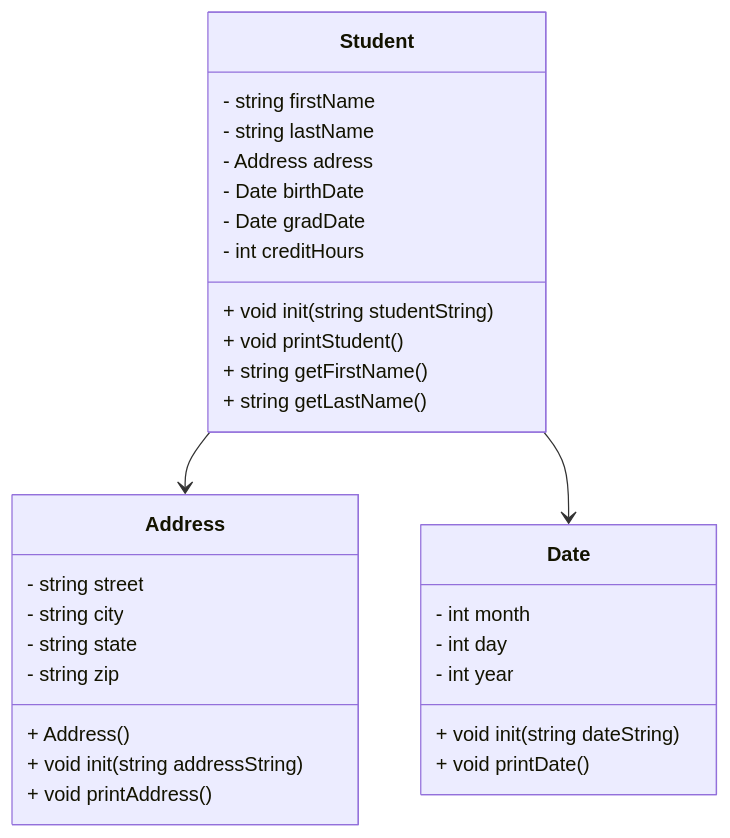
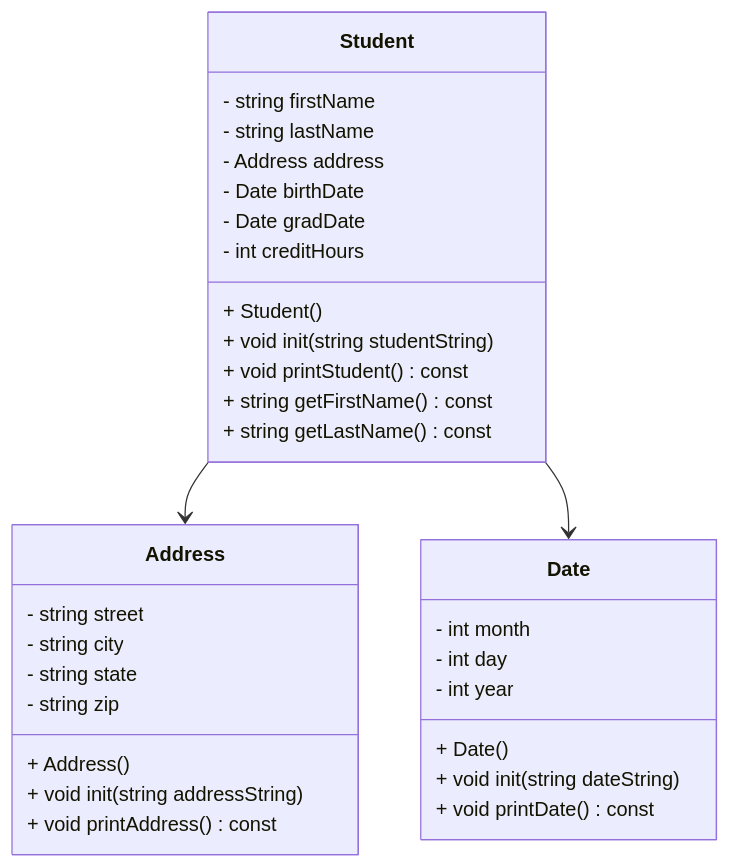
One commit to harmfooly/heapStudents2 changed the diagram in README.md. Above: the diagram before and after it, drawn with Mermaid. The commit also changed other lines of this file, not shown here.

````diff
--- a/README.md
+++ b/README.md
@@ -4,38 +4,40 @@
 ```mermaid
 classDiagram
 
 class Address {
     - string street
     - string city
     - string state
     - string zip
     + Address()
     + void init(string addressString)
-    + void printAddress() 
+    + void printAddress() const
 }
 
 class Date {
     - int month
     - int day
     - int year
+    + Date()
     + void init(string dateString)
-    + void printDate()
+    + void printDate() const
 }
 
 class Student{
     - string firstName
     - string lastName
-    - Address adress 
+    - Address address
     - Date birthDate
     - Date gradDate
     - int creditHours
 
+    + Student()
     + void init(string studentString)
-    + void printStudent()
-    + string getFirstName()
-    + string getLastName()
+    + void printStudent() const
+    + string getFirstName() const
+    + string getLastName() const
 }
 
 Student --> Address
 Student --> Date
 ```
````
